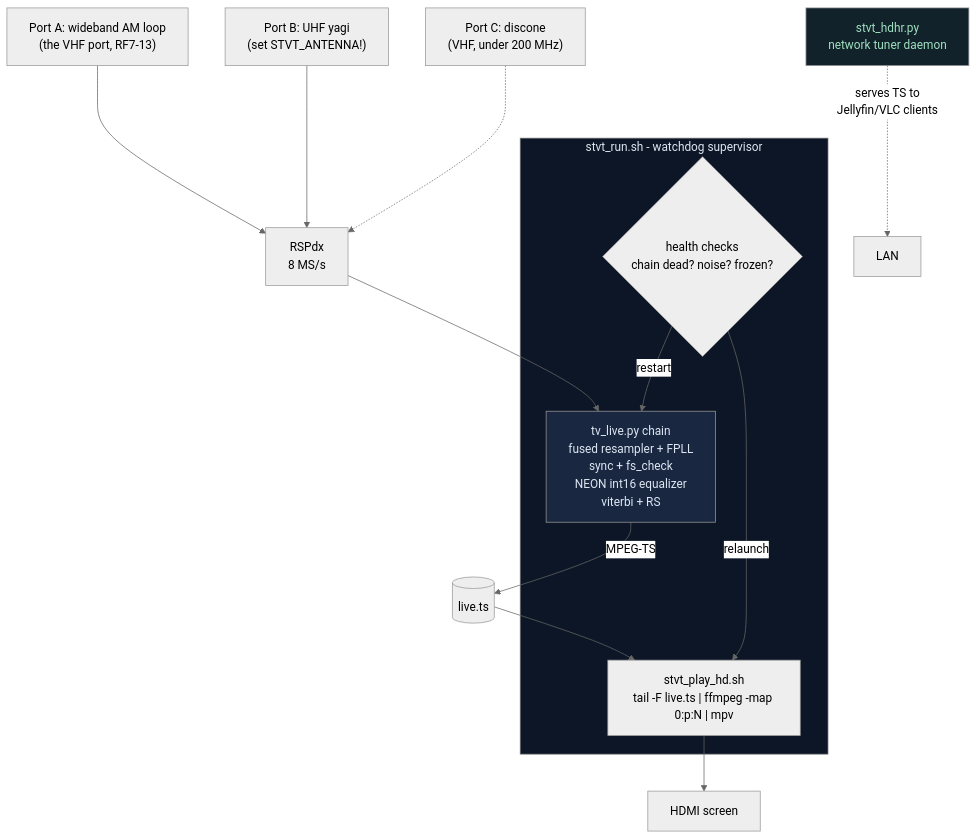
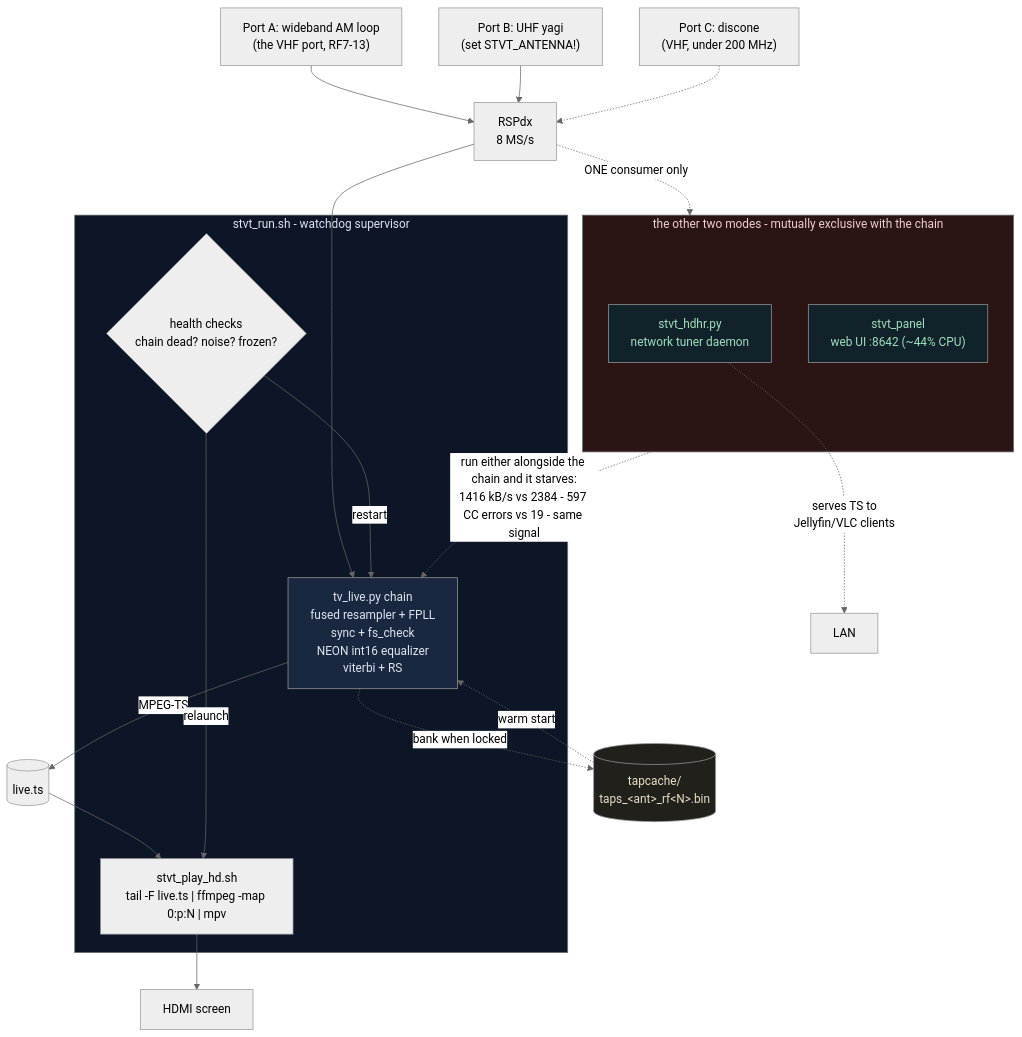
One commit to Felbs/Software-TV-Tuner changed the first of 2 diagrams in docs/PI_ARCHITECTURE.md. Above: the diagram before and after it, drawn with Mermaid (neutral theme). The commit also changed other lines of this file and 1 other file, not shown here.

First line of the commit message:
docs: the single-tenant rule, and what actually differs on ARM

````diff
--- a/docs/PI_ARCHITECTURE.md
+++ b/docs/PI_ARCHITECTURE.md
@@ -10,26 +10,39 @@
 ```mermaid
 flowchart TD
   ANT_A["Port A: wideband AM loop<br/>(the VHF port, RF7-13)"] --> RSP
   ANT_B["Port B: UHF yagi<br/>(set STVT_ANTENNA!)"] --> RSP["RSPdx<br/>8 MS/s"]
   ANT_C["Port C: discone<br/>(VHF, under 200 MHz)"] -.-> RSP
 
-  subgraph RUN["stvt_run.sh - watchdog supervisor"
-    ]
+  subgraph RUN["stvt_run.sh - watchdog supervisor"]
     CHAIN["tv_live.py chain<br/>fused resampler + FPLL<br/>sync + fs_check<br/>NEON int16 equalizer<br/>viterbi + RS"]
     PLAY["stvt_play_hd.sh<br/>tail -F live.ts | ffmpeg -map 0:p:N | mpv"]
     WD{"health checks<br/>chain dead? noise? frozen?"}
   end
 
   RSP --> CHAIN
   CHAIN -->|"MPEG-TS"| LIVE[("live.ts")]
   LIVE --> PLAY
   PLAY --> SCREEN["HDMI screen"]
   WD -->|restart| CHAIN
   WD -->|relaunch| PLAY
 
-  HDHR["stvt_hdhr.py<br/>network tuner daemon"] -.->|"serves TS to<br/>Jellyfin/VLC clients"| NET["LAN"]
+  %% These are NOT peers of the chain - the SDR is single-tenant.
+  %% Whichever holds the radio, the others must be stopped AND disabled.
+  subgraph ALT["the other two modes - mutually exclusive with the chain"]
+    HDHR["stvt_hdhr.py<br/>network tuner daemon"]
+    PANEL["stvt_panel<br/>web UI :8642 (~44% CPU)"]
+  end
+  HDHR -.->|"serves TS to<br/>Jellyfin/VLC clients"| NET["LAN"]
+  RSP -.->|"ONE consumer only"| ALT
+  ALT -.->|"run either alongside the chain and it starves:<br/>1416 kB/s vs 2384 - 597 CC errors vs 19 - same signal"| CHAIN
+
+  TAPS[("tapcache/<br/>taps_&lt;ant&gt;_rf&lt;N&gt;.bin")] -.->|"warm start"| CHAIN
+  CHAIN -.->|"bank when locked"| TAPS
 
   style CHAIN fill:#1a2740,color:#dce6f2
   style RUN fill:#0d1626,color:#dce6f2
   style HDHR fill:#12222a,color:#9fe0c0
+  style PANEL fill:#12222a,color:#9fe0c0
+  style ALT fill:#2a1414,color:#f0d0d0
+  style TAPS fill:#22201a,color:#e8e0c8
 ```
````
